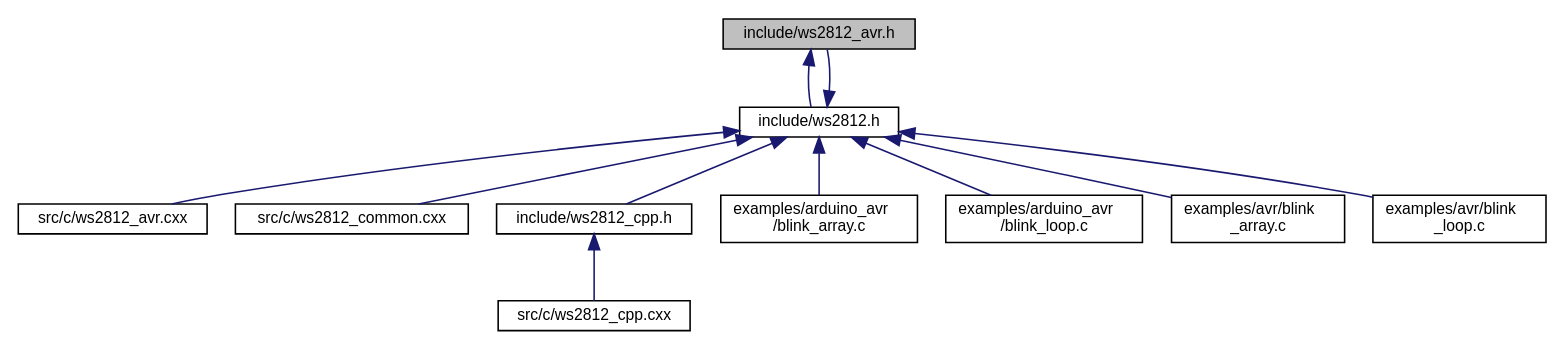
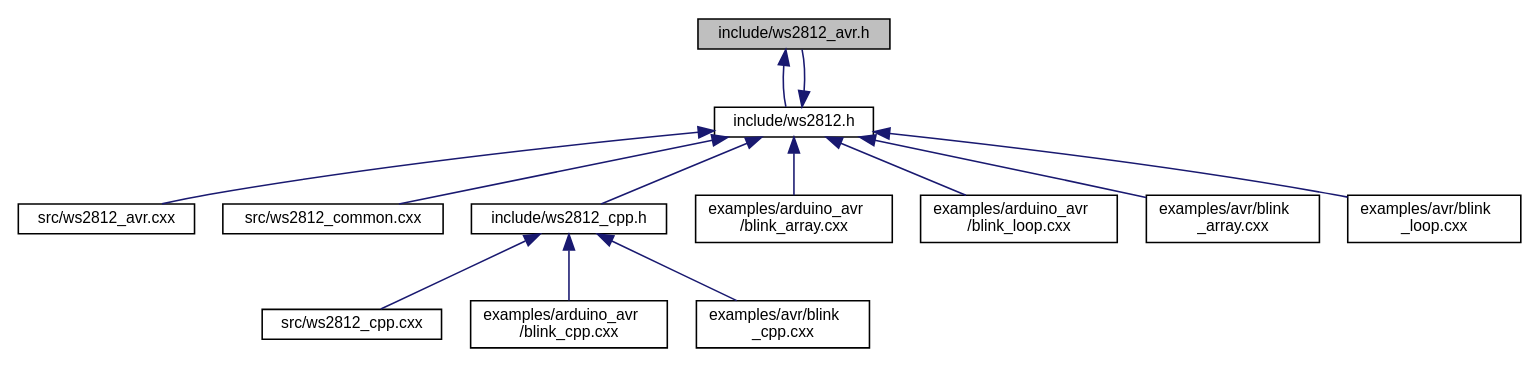
The diagram in docs/ws2812__avr_8h__dep__incl.dot (CTXz/TinyWS2812), drawn with Graphviz before and after one commit. The commit also changed 99 other files, not shown here.

Commit message:
ws2812_cpp: Added more documentation + Minor fixes

```diff
--- a/docs/ws2812__avr_8h__dep__incl.dot
+++ b/docs/ws2812__avr_8h__dep__incl.dot
@@ -1,26 +1,30 @@
 digraph "include/ws2812_avr.h"
 {
  // LATEX_PDF_SIZE
   edge [fontname="Helvetica",fontsize="10",labelfontname="Helvetica",labelfontsize="10"];
   node [fontname="Helvetica",fontsize="10",shape=record];
   Node1 [label="include/ws2812_avr.h",height=0.2,width=0.4,color="black", fillcolor="grey75", style="filled", fontcolor="black",tooltip="Provides AVR platform specific definitions."];
   Node1 -> Node2 [dir="back",color="midnightblue",fontsize="10",style="solid",fontname="Helvetica"];
   Node2 [label="include/ws2812.h",height=0.2,width=0.4,color="black", fillcolor="white", style="filled",URL="$ws2812_8h.html",tooltip="Exposes the Tiny-WS2812 library interface."];
   Node2 -> Node3 [dir="back",color="midnightblue",fontsize="10",style="solid",fontname="Helvetica"];
-  Node3 [label="src/c/ws2812_avr.cxx",height=0.2,width=0.4,color="black", fillcolor="white", style="filled",URL="$ws2812__avr_8cxx_source.html",tooltip=" "];
+  Node3 [label="src/ws2812_avr.cxx",height=0.2,width=0.4,color="black", fillcolor="white", style="filled",URL="$ws2812__avr_8cxx_source.html",tooltip=" "];
   Node2 -> Node4 [dir="back",color="midnightblue",fontsize="10",style="solid",fontname="Helvetica"];
-  Node4 [label="src/c/ws2812_common.cxx",height=0.2,width=0.4,color="black", fillcolor="white", style="filled",URL="$ws2812__common_8cxx_source.html",tooltip=" "];
+  Node4 [label="src/ws2812_common.cxx",height=0.2,width=0.4,color="black", fillcolor="white", style="filled",URL="$ws2812__common_8cxx_source.html",tooltip=" "];
   Node2 -> Node1 [dir="back",color="midnightblue",fontsize="10",style="solid",fontname="Helvetica"];
   Node2 -> Node5 [dir="back",color="midnightblue",fontsize="10",style="solid",fontname="Helvetica"];
   Node5 [label="include/ws2812_cpp.h",height=0.2,width=0.4,color="black", fillcolor="white", style="filled",URL="$ws2812__cpp_8h.html",tooltip="C++ Wrapper for the Tiny-WS2812 interface."];
   Node5 -> Node6 [dir="back",color="midnightblue",fontsize="10",style="solid",fontname="Helvetica"];
-  Node6 [label="src/c/ws2812_cpp.cxx",height=0.2,width=0.4,color="black", fillcolor="white", style="filled",URL="$ws2812__cpp_8cxx_source.html",tooltip=" "];
-  Node2 -> Node7 [dir="back",color="midnightblue",fontsize="10",style="solid",fontname="Helvetica"];
-  Node7 [label="examples/arduino_avr\l/blink_array.c",height=0.2,width=0.4,color="black", fillcolor="white", style="filled",URL="$arduino__avr_2blink__array_8c.html",tooltip="Blinks one or more WS2812 devices using a RGB array."];
-  Node2 -> Node8 [dir="back",color="midnightblue",fontsize="10",style="solid",fontname="Helvetica"];
-  Node8 [label="examples/arduino_avr\l/blink_loop.c",height=0.2,width=0.4,color="black", fillcolor="white", style="filled",URL="$arduino__avr_2blink__loop_8c.html",tooltip="Blinks one or more WS2812 devices using a more memory efficient method than the blink_array...."];
+  Node6 [label="src/ws2812_cpp.cxx",height=0.2,width=0.4,color="black", fillcolor="white", style="filled",URL="$ws2812__cpp_8cxx_source.html",tooltip=" "];
+  Node5 -> Node7 [dir="back",color="midnightblue",fontsize="10",style="solid",fontname="Helvetica"];
+  Node7 [label="examples/arduino_avr\l/blink_cpp.cxx",height=0.2,width=0.4,color="black", fillcolor="white", style="filled",URL="$arduino__avr_2blink__cpp_8cxx.html",tooltip="Blinks one or more WS2812 devices using a RGB array."];
+  Node5 -> Node8 [dir="back",color="midnightblue",fontsize="10",style="solid",fontname="Helvetica"];
+  Node8 [label="examples/avr/blink\l_cpp.cxx",height=0.2,width=0.4,color="black", fillcolor="white", style="filled",URL="$avr_2blink__cpp_8cxx_source.html",tooltip=" "];
   Node2 -> Node9 [dir="back",color="midnightblue",fontsize="10",style="solid",fontname="Helvetica"];
-  Node9 [label="examples/avr/blink\l_array.c",height=0.2,width=0.4,color="black", fillcolor="white", style="filled",URL="$avr_2blink__array_8c.html",tooltip="Blinks one or more WS2812 devices using a RGB array."];
+  Node9 [label="examples/arduino_avr\l/blink_array.cxx",height=0.2,width=0.4,color="black", fillcolor="white", style="filled",URL="$arduino__avr_2blink__array_8cxx_source.html",tooltip=" "];
   Node2 -> Node10 [dir="back",color="midnightblue",fontsize="10",style="solid",fontname="Helvetica"];
-  Node10 [label="examples/avr/blink\l_loop.c",height=0.2,width=0.4,color="black", fillcolor="white", style="filled",URL="$avr_2blink__loop_8c.html",tooltip="Blinks one or more WS2812 devices using a more memory efficient method than the blink_array...."];
+  Node10 [label="examples/arduino_avr\l/blink_loop.cxx",height=0.2,width=0.4,color="black", fillcolor="white", style="filled",URL="$arduino__avr_2blink__loop_8cxx_source.html",tooltip=" "];
+  Node2 -> Node11 [dir="back",color="midnightblue",fontsize="10",style="solid",fontname="Helvetica"];
+  Node11 [label="examples/avr/blink\l_array.cxx",height=0.2,width=0.4,color="black", fillcolor="white", style="filled",URL="$avr_2blink__array_8cxx_source.html",tooltip=" "];
+  Node2 -> Node12 [dir="back",color="midnightblue",fontsize="10",style="solid",fontname="Helvetica"];
+  Node12 [label="examples/avr/blink\l_loop.cxx",height=0.2,width=0.4,color="black", fillcolor="white", style="filled",URL="$avr_2blink__loop_8cxx_source.html",tooltip=" "];
 }
```
